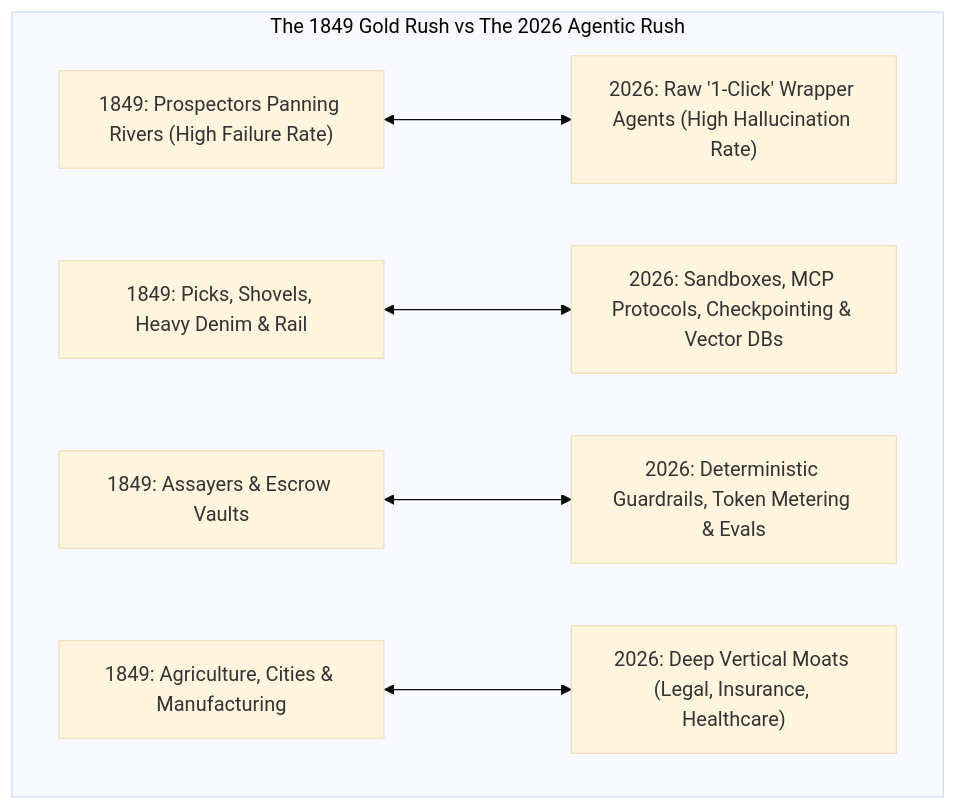
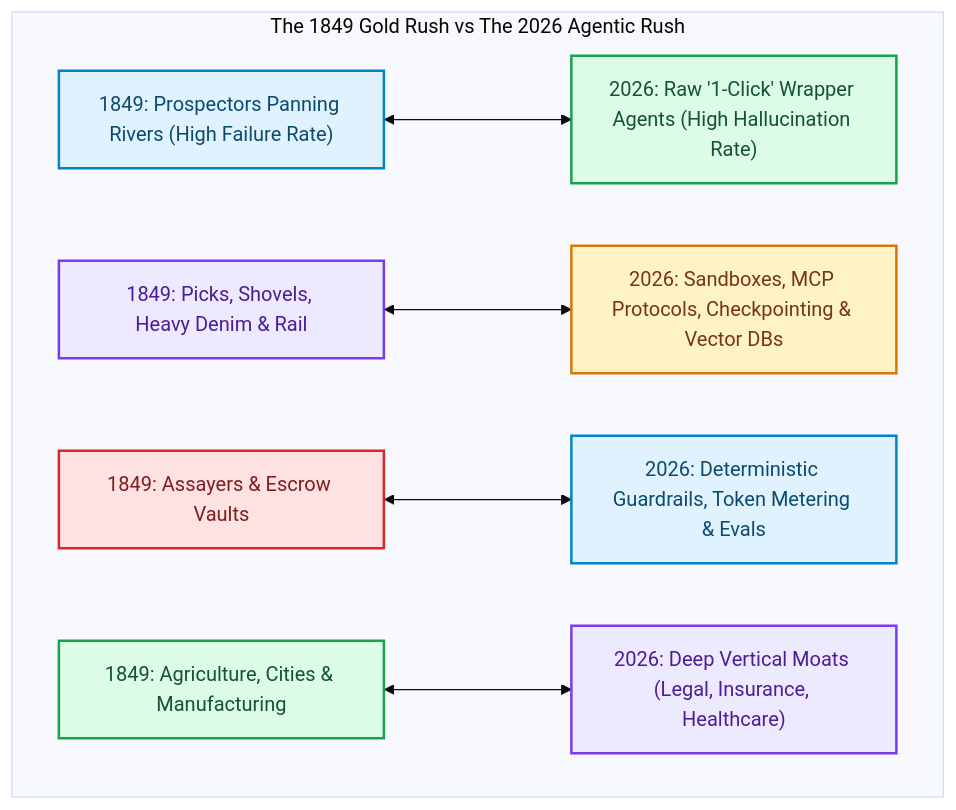
One commit to akmalkhaniub/akmalkhaniub.github.io changed the first of 2 diagrams in blog/posts/the-agentic-rush-picks-shovels-multi-agent-infrastructure.md. Above: the diagram before and after it, drawn with Mermaid (base theme). The commit also changed other lines of this file and 1291 other files, not shown here.

First line of the commit message:
feat(catalog): unique covers, scholarly references, and diagram palettes

````diff
--- a/blog/posts/the-agentic-rush-picks-shovels-multi-agent-infrastructure.md
+++ b/blog/posts/the-agentic-rush-picks-shovels-multi-agent-infrastructure.md
@@ -13,9 +13,20 @@
 ```mermaid
 flowchart TD
   subgraph SG1_The1849Gold ["The 1849 Gold Rush vs The 2026 Agentic Rush"]
     P1849["1849: Prospectors Panning Rivers (High Failure Rate)"] <---> P2026["2026: Raw '1-Click' Wrapper Agents (High Hallucination Rate)"]
     I1849["1849: Picks, Shovels, Heavy Denim & Rail"] <---> I2026["2026: Sandboxes, MCP Protocols, Checkpointing & Vector DBs"]
     A1849["1849: Assayers & Escrow Vaults"] <---> A2026["2026: Deterministic Guardrails, Token Metering & Evals"]
     S1849["1849: Agriculture, Cities & Manufacturing"] <---> S2026["2026: Deep Vertical Moats (Legal, Insurance, Healthcare)"]
   end
+
+classDef green fill:#dcfce7,stroke:#16a34a,stroke-width:2px,color:#14532d;
+classDef red fill:#fee2e2,stroke:#dc2626,stroke-width:2px,color:#7f1d1d;
+classDef blue fill:#e0f2fe,stroke:#0284c7,stroke-width:2px,color:#0c4a6e;
+classDef yellow fill:#fef3c7,stroke:#d97706,stroke-width:2px,color:#78350f;
+classDef purple fill:#ede9fe,stroke:#7c3aed,stroke-width:2px,color:#4c1d95;
+class P1849,A2026 blue
+class P2026,S1849 green
+class I1849,S2026 purple
+class I2026 yellow
+class A1849 red
 ```
````
